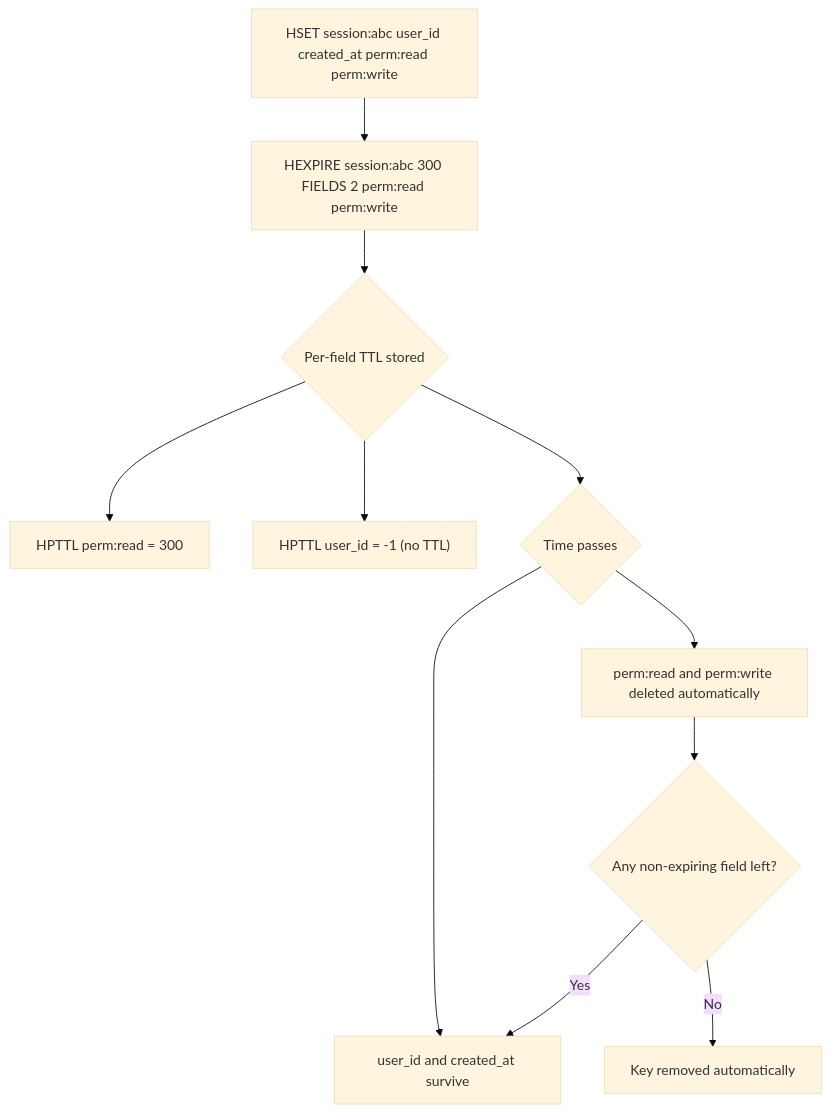
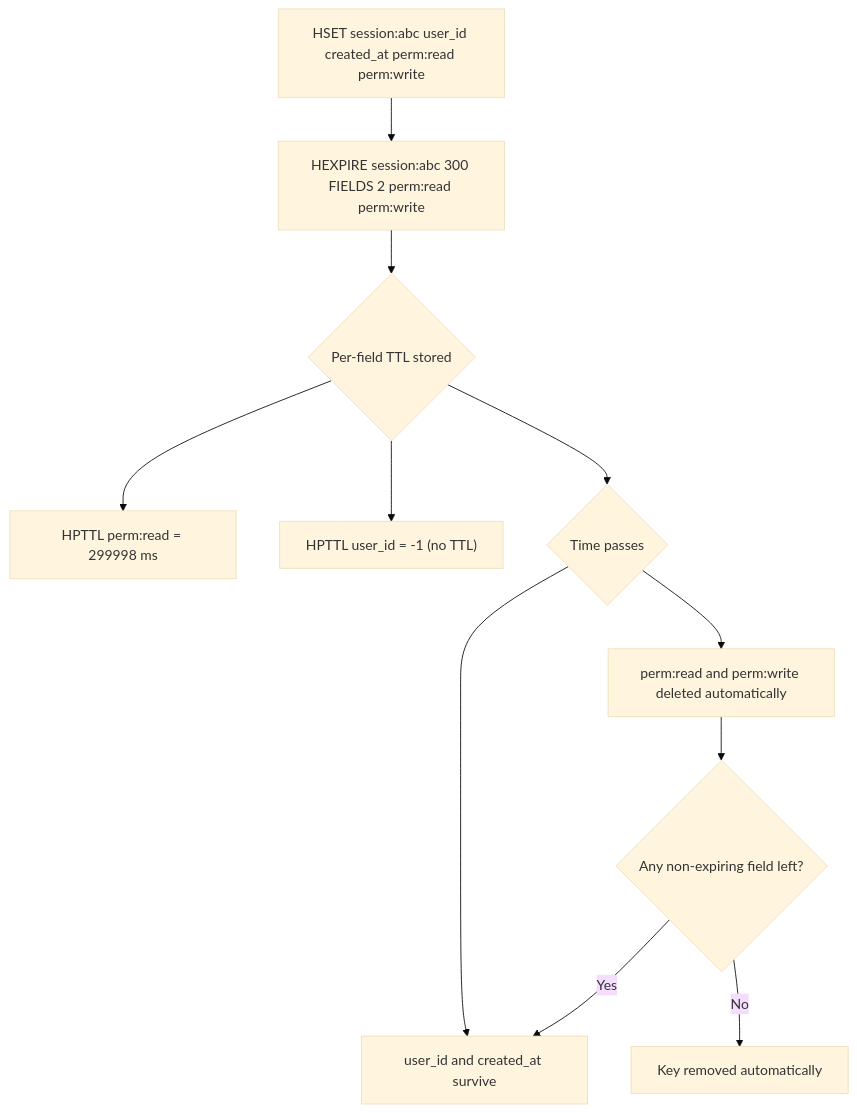
Before and after one commit to andrewchanlab/Self-Learning-Obsidian-Vault: the diagram in redis/2026-10-23 - Redis - Learning Point 11.md, drawn with Mermaid (base theme). The commit also changed other lines of this file and 47 other files, not shown here.

````diff
--- a/redis/2026-10-23 - Redis - Learning Point 11.md
+++ b/redis/2026-10-23 - Redis - Learning Point 11.md
@@ -75,13 +75,13 @@
 ```mermaid
 flowchart TD
     A["HSET session:abc user_id created_at perm:read perm:write"] --> B["HEXPIRE session:abc 300 FIELDS 2 perm:read perm:write"]
     B --> C{Per-field TTL stored}
-    C --> D["HPTTL perm:read = 300"]
+    C --> D["HPTTL perm:read = 299998 ms"]
     C --> E["HPTTL user_id = -1 (no TTL)"]
     C --> F{Time passes}
     F --> G["perm:read and perm:write deleted automatically"]
     F --> H["user_id and created_at survive"]
     G --> I{Any non-expiring field left?}
     I -->|Yes| H
     I -->|No| J[Key removed automatically]
 ```
````
